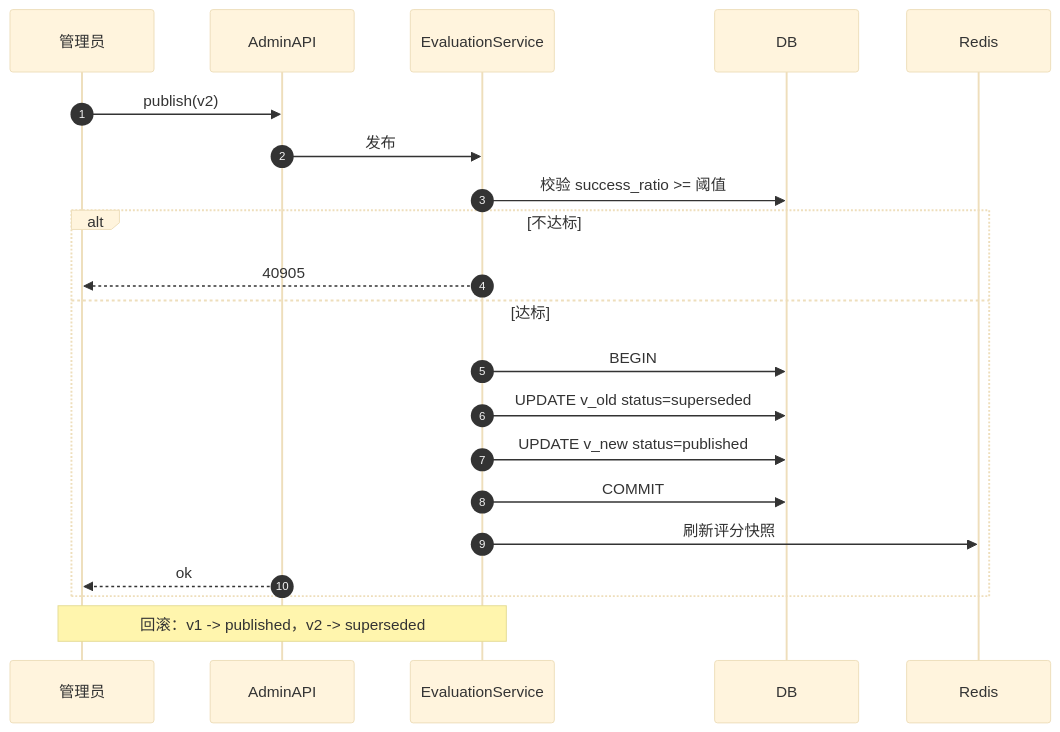
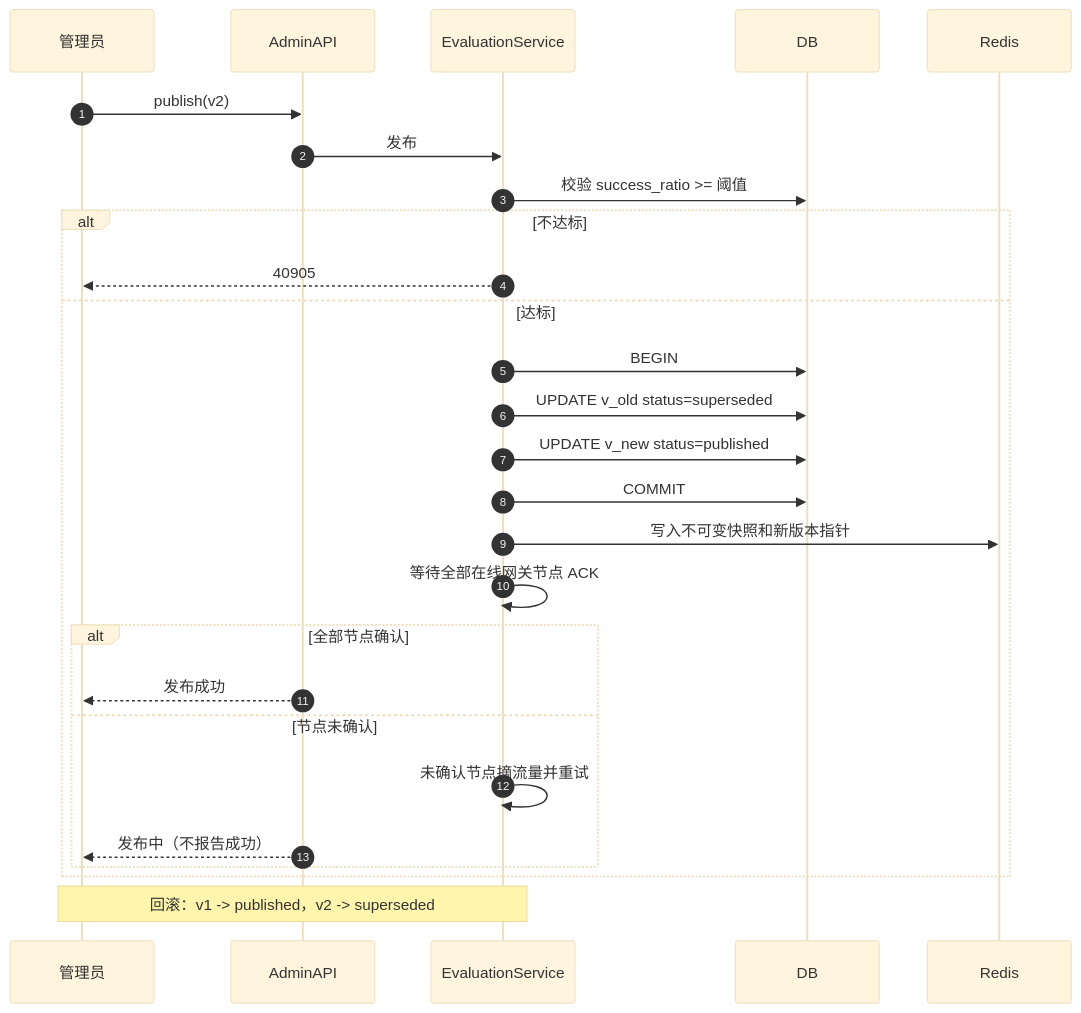
Before and after one commit to hchw/slogan: the seventh of 11 diagrams in docs/design-admin-platform.md, drawn with Mermaid (base theme). The commit also changed other lines of this file and 126 other files, not shown here.

````diff
--- a/docs/design-admin-platform.md
+++ b/docs/design-admin-platform.md
@@ -853,23 +855,29 @@
 ```mermaid
 sequenceDiagram
     autonumber
     participant A as 管理员
     participant API as AdminAPI
     participant ES as EvaluationService
     participant DB as DB
     participant R as Redis
     A->>API: publish(v2)
     API->>ES: 发布
     ES->>DB: 校验 success_ratio >= 阈值
     alt 不达标
         ES-->>A: 40905
     else 达标
         ES->>DB: BEGIN
         ES->>DB: UPDATE v_old status=superseded
         ES->>DB: UPDATE v_new status=published
         ES->>DB: COMMIT
-        ES->>R: 刷新评分快照
-        API-->>A: ok
+        ES->>R: 写入不可变快照和新版本指针
+        ES->>ES: 等待全部在线网关节点 ACK
+        alt 全部节点确认
+            API-->>A: 发布成功
+        else 节点未确认
+            ES->>ES: 未确认节点摘流量并重试
+            API-->>A: 发布中（不报告成功）
+        end
     end
     Note over A,ES: 回滚：v1 -> published，v2 -> superseded
 ```
````
